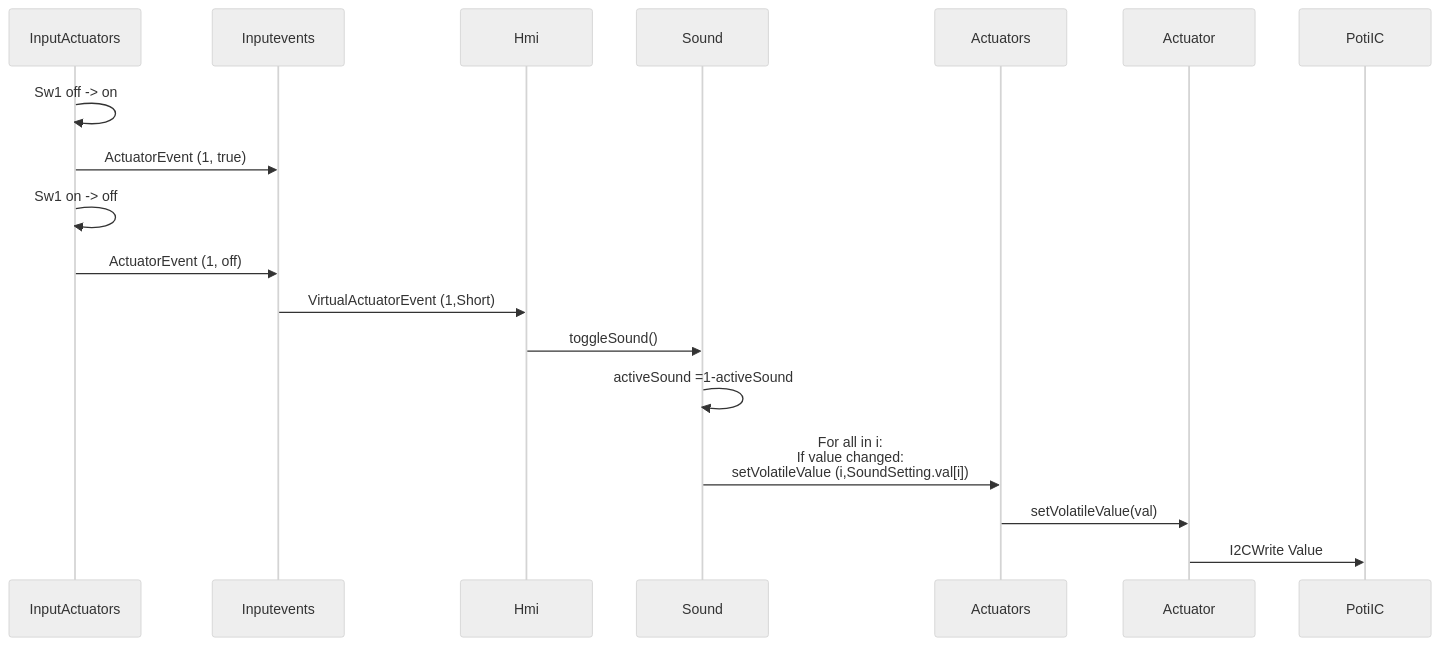
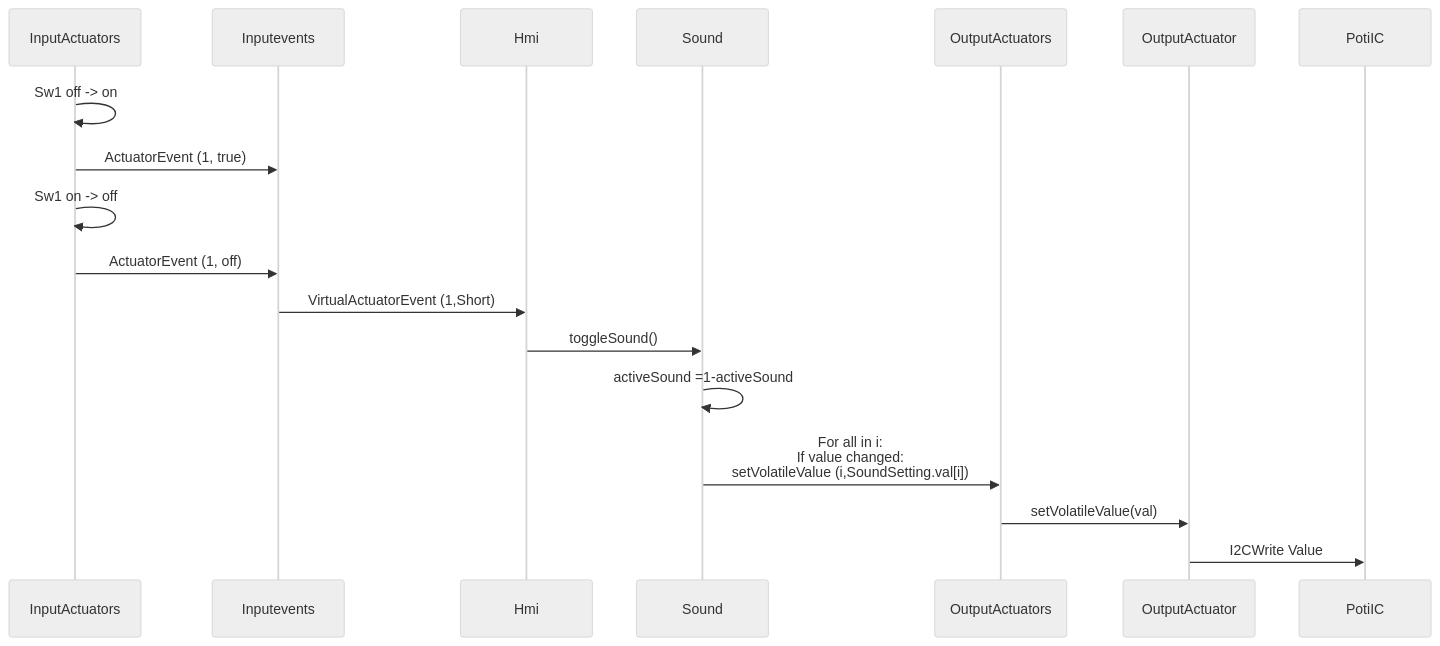
The third of 3 diagrams in docs/hmi.md (kaiberggold/tinyamp), drawn with Mermaid (neutral theme) before and after one commit. The commit also changed other lines of this file, not shown here.

````diff
--- a/docs/hmi.md
+++ b/docs/hmi.md
@@ -151,13 +151,13 @@
 ```mermaid
 sequenceDiagram
     InputActuators ->> InputActuators: Sw1 off -> on
     InputActuators ->> Inputevents:  ActuatorEvent (1, true)
     InputActuators ->> InputActuators: Sw1 on -> off
     InputActuators ->> Inputevents:  ActuatorEvent (1, off)
     Inputevents ->> Hmi: VirtualActuatorEvent (1,Short)
     Hmi ->>Sound: toggleSound()
     Sound ->> Sound: activeSound =1-activeSound
-    Sound ->> Actuators: For all in i: <br>If value changed: <br> setVolatileValue (i,SoundSetting.val[i])
-    Actuators ->> Actuator: setVolatileValue(val)
-    Actuator ->> PotiIC: I2CWrite Value
+    Sound ->> OutputActuators: For all in i: <br>If value changed: <br> setVolatileValue (i,SoundSetting.val[i])
+    OutputActuators ->> OutputActuator: setVolatileValue(val)
+    OutputActuator ->> PotiIC: I2CWrite Value
 ```
````
